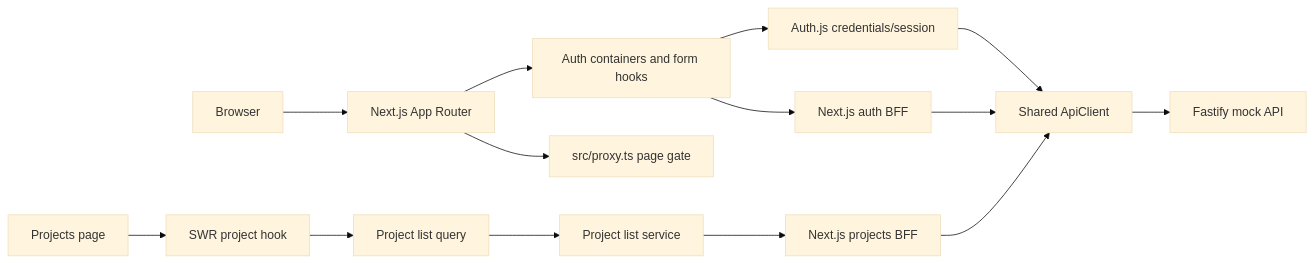
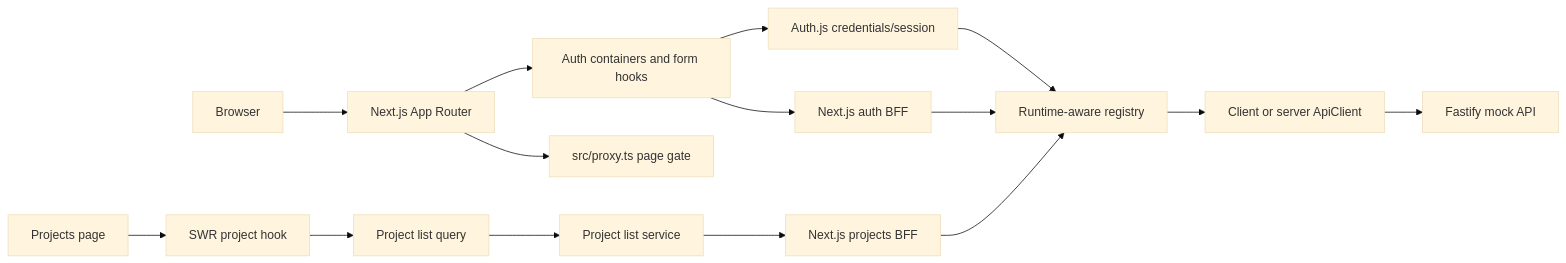
One commit to mohammad-yg/mini-jira changed the first of 2 diagrams in docs/architecture.md. Above: the diagram before and after it, drawn with Mermaid (base theme). The commit also changed 5 other files, not shown here.

Commit message:
refactor: register runtime-specific API clients

````diff
--- a/docs/architecture.md
+++ b/docs/architecture.md
@@ -5,16 +5,17 @@
 ```mermaid
 flowchart LR
   Browser --> AppRouter[Next.js App Router]
   AppRouter --> AuthUI[Auth containers and form hooks]
   AuthUI --> AuthJS[Auth.js credentials/session]
-  AuthJS --> ApiClient[Shared ApiClient]
+  AuthJS --> Registry[Runtime-aware registry]
+  Registry --> ApiClient[Client or server ApiClient]
   AuthUI --> AuthBFF[Next.js auth BFF]
-  AuthBFF --> ApiClient
+  AuthBFF --> Registry
   ProjectUI[Projects page] --> ProjectHook[SWR project hook]
   ProjectHook --> ProjectQuery[Project list query]
   ProjectQuery --> ProjectService[Project list service]
   ProjectService --> ProjectsBFF[Next.js projects BFF]
-  ProjectsBFF --> ApiClient
+  ProjectsBFF --> Registry
   ApiClient --> MockAPI[Fastify mock API]
   AppRouter --> Proxy[src/proxy.ts page gate]
 ```
````
